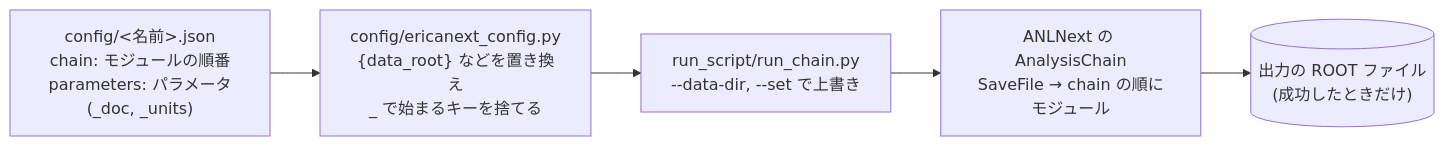
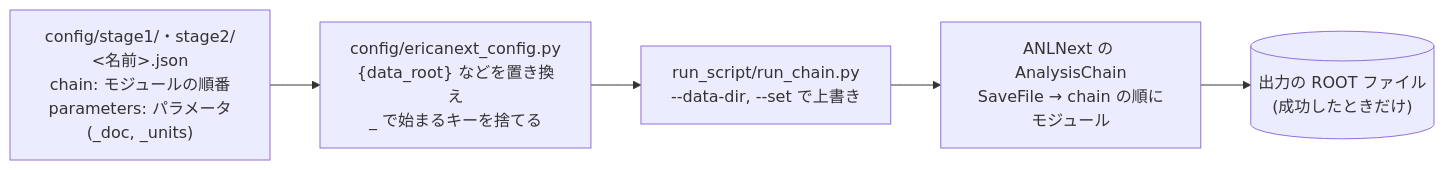
One commit to SMILE-tool-box/EricaNext changed the first of 3 diagrams in README.md. Above: the diagram before and after it, drawn with Mermaid. The commit also changed other lines of this file and 36 other files, not shown here.

````diff
--- a/README.md
+++ b/README.md
@@ -122,9 +122,9 @@
 ```mermaid
 flowchart LR
-  CFG["config/&lt;名前&gt;.json<br>chain: モジュールの順番<br>parameters: パラメータ(_doc, _units)"]
+  CFG["config/stage1/・stage2/<br>&lt;名前&gt;.json<br>chain: モジュールの順番<br>parameters: パラメータ(_doc, _units)"]
   EC["config/ericanext_config.py<br>{data_root} などを置き換え<br>_ で始まるキーを捨てる"]
   RUN["run_script/run_chain.py<br>--data-dir, --set で上書き"]
   CH["ANLNext の AnalysisChain<br>SaveFile → chain の順にモジュール"]
   OUT[("出力の ROOT ファイル<br>(成功したときだけ)")]
   CFG --> EC --> RUN --> CH --> OUT
 ```
````
